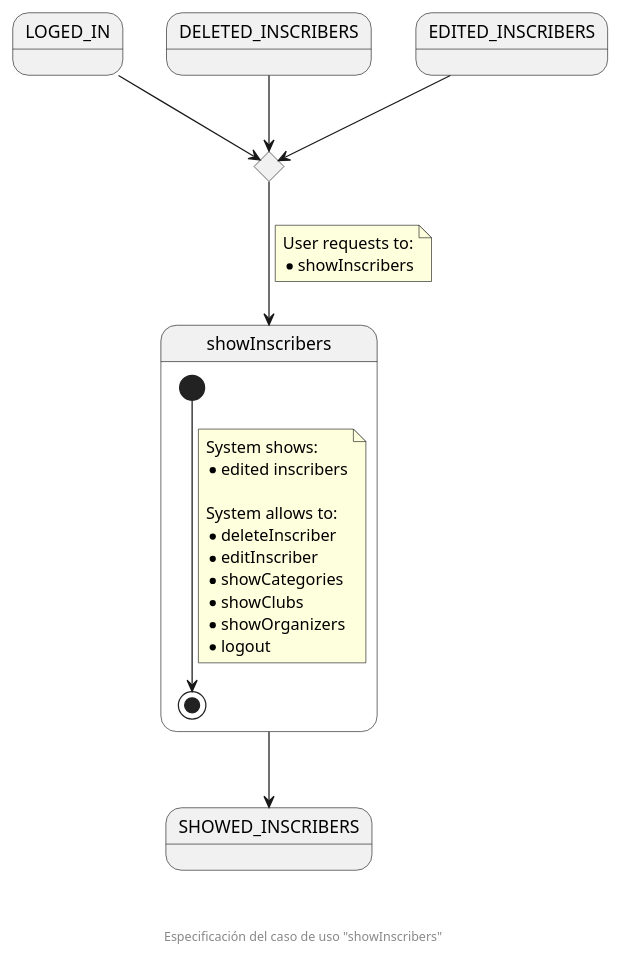
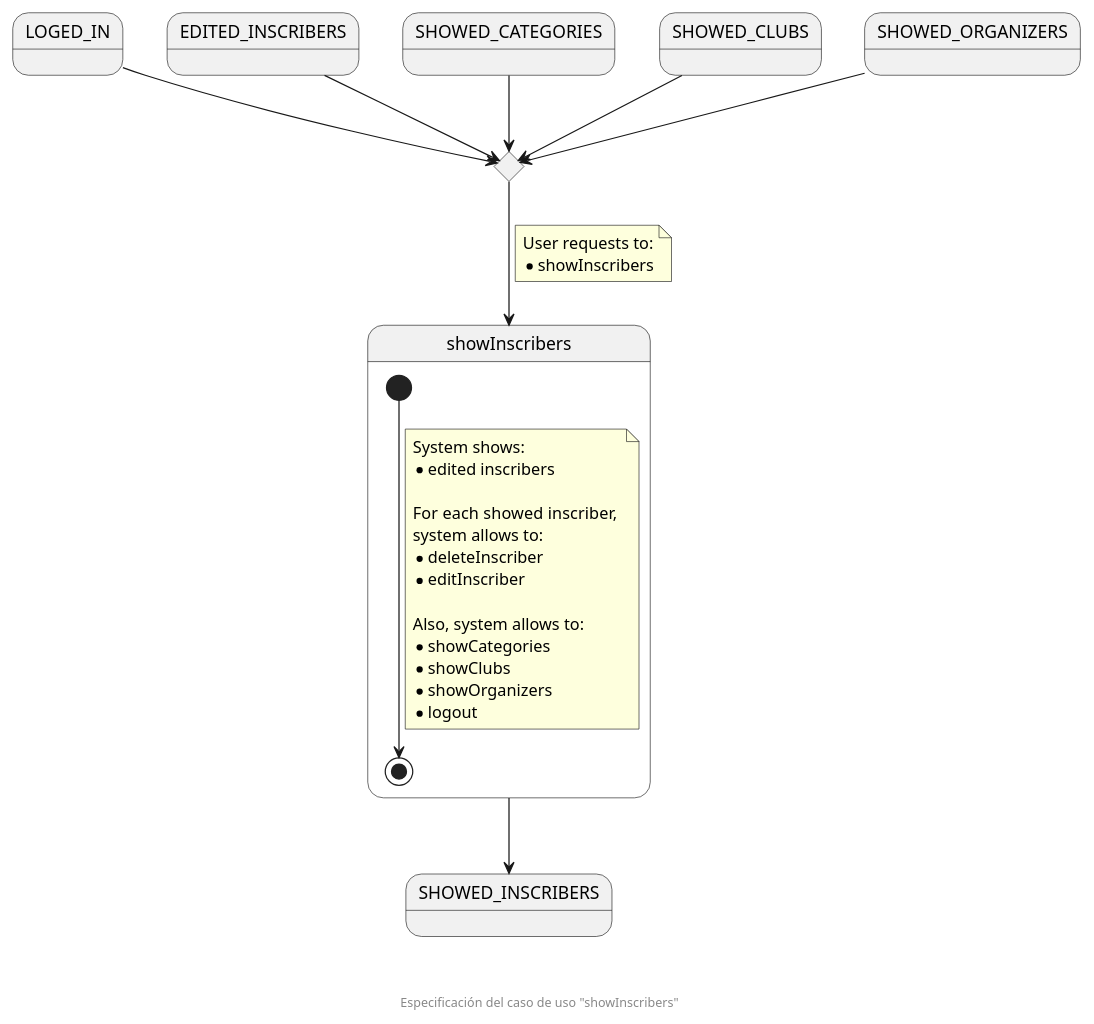
One commit to zuldare/mastercloud_pfm_halterocms changed the diagram in documentation/diagrams/useCasesSpecification/organizationSecretary/10_showInscribers.puml. Above: the diagram before and after it, drawn with PlantUML.

Commit message:
Fix showInscribers use case specification

```diff
--- a/documentation/diagrams/useCasesSpecification/organizationSecretary/10_showInscribers.puml
+++ b/documentation/diagrams/useCasesSpecification/organizationSecretary/10_showInscribers.puml
@@ -1,36 +1,44 @@
 @startuml
 state LOGED_IN
-state DELETED_INSCRIBERS
 state EDITED_INSCRIBERS
+state SHOWED_CATEGORIES
+state SHOWED_CLUBS
+state SHOWED_ORGANIZERS
 
-state enterShowInscribersCHC <<choice>>
+state enterShowInscriberCHC <<choice>>
 
 state showInscribers {
   [*] --> [*]
   note on link
     System shows:
     * edited inscribers
 
-    System allows to:
+    For each showed inscriber, 
+    system allows to:
     * deleteInscriber
     * editInscriber
+
+    Also, system allows to:
     * showCategories
     * showClubs
     * showOrganizers
     * logout
   end note
 }
 state SHOWED_INSCRIBERS
 
-LOGED_IN --> enterShowInscribersCHC
-DELETED_INSCRIBERS --> enterShowInscribersCHC
-EDITED_INSCRIBERS --> enterShowInscribersCHC
-enterShowInscribersCHC --> showInscribers
+LOGED_IN --> enterShowInscriberCHC
+EDITED_INSCRIBERS --> enterShowInscriberCHC
+SHOWED_CATEGORIES --> enterShowInscriberCHC
+SHOWED_CLUBS --> enterShowInscriberCHC
+SHOWED_ORGANIZERS --> enterShowInscriberCHC
+
+enterShowInscriberCHC --> showInscribers
 note on link
   User requests to:
   * showInscribers
 end note
 showInscribers --> SHOWED_INSCRIBERS
 
 footer \n\n\n Especificación del caso de uso "showInscribers"
 @enduml
```
